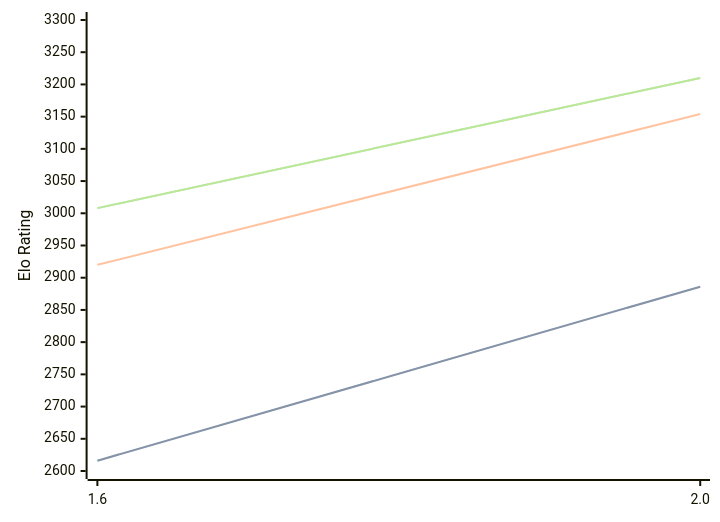
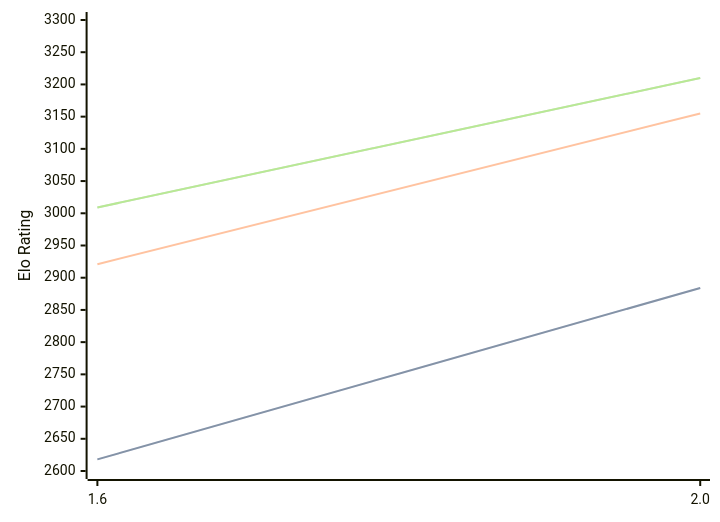
Before and after one commit to computer-chess-index/cci: the diagram in engines/Onyx.md, drawn with Mermaid. The commit also changed other lines of this file, not shown here.

Commit message:
Update CCI Ratings (ELO VLTC) - 2026-08-15

````diff
--- a/engines/Onyx.md
+++ b/engines/Onyx.md
@@ -32,11 +32,11 @@
 ```mermaid
 %%{init: {"theme":"base","themeVariables":{"seriesColors:['#a3a3a3','#222221','#faa371']}}}%%
 xychart-beta
   x-axis ["1.6", "2.0"]
   y-axis "Elo Rating" 2600 --> 3300
-  line "STC (8.0+0.08s)" [2616, 2886]
-  line "STC (8.0+0.08s)" [2616, 2886]
-  line "LTC (60.0+0.60s)" [2920, 3154]
-  line "VLTC (2m24s+1.12s)" [3008, 3210]
-  line "VLTC (2m24s+1.12s)" [3008, 3210]
+  line "STC (8.0+0.08s)" [2618, 2884]
+  line "STC (8.0+0.08s)" [2618, 2884]
+  line "LTC (60.0+0.60s)" [2921, 3155]
+  line "VLTC (2m24s+1.12s)" [3009, 3210]
+  line "VLTC (2m24s+1.12s)" [3009, 3210]
 ```
````
